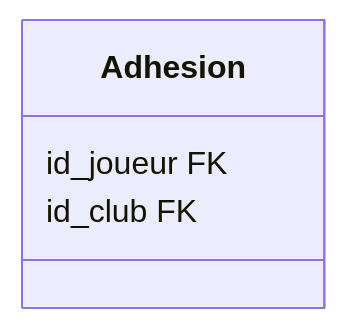
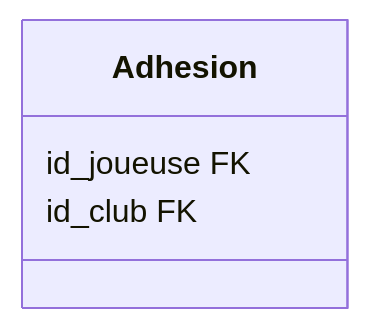
One commit to ludo2ne/ENSAI-1A-SQL changed the fourth of 4 diagrams in doc/cours/bases-de-donnees.qmd. Above: the diagram before and after it, drawn with Mermaid. The commit also changed other lines of this file and 1 other file, not shown here.

````diff
--- a/doc/cours/bases-de-donnees.qmd
+++ b/doc/cours/bases-de-donnees.qmd
@@ -242,7 +250,7 @@
 ```{mermaid}
 classDiagram
     class Adhesion {
-        id_joueur FK
+        id_joueuse FK
         id_club FK
     }
 ```
````
